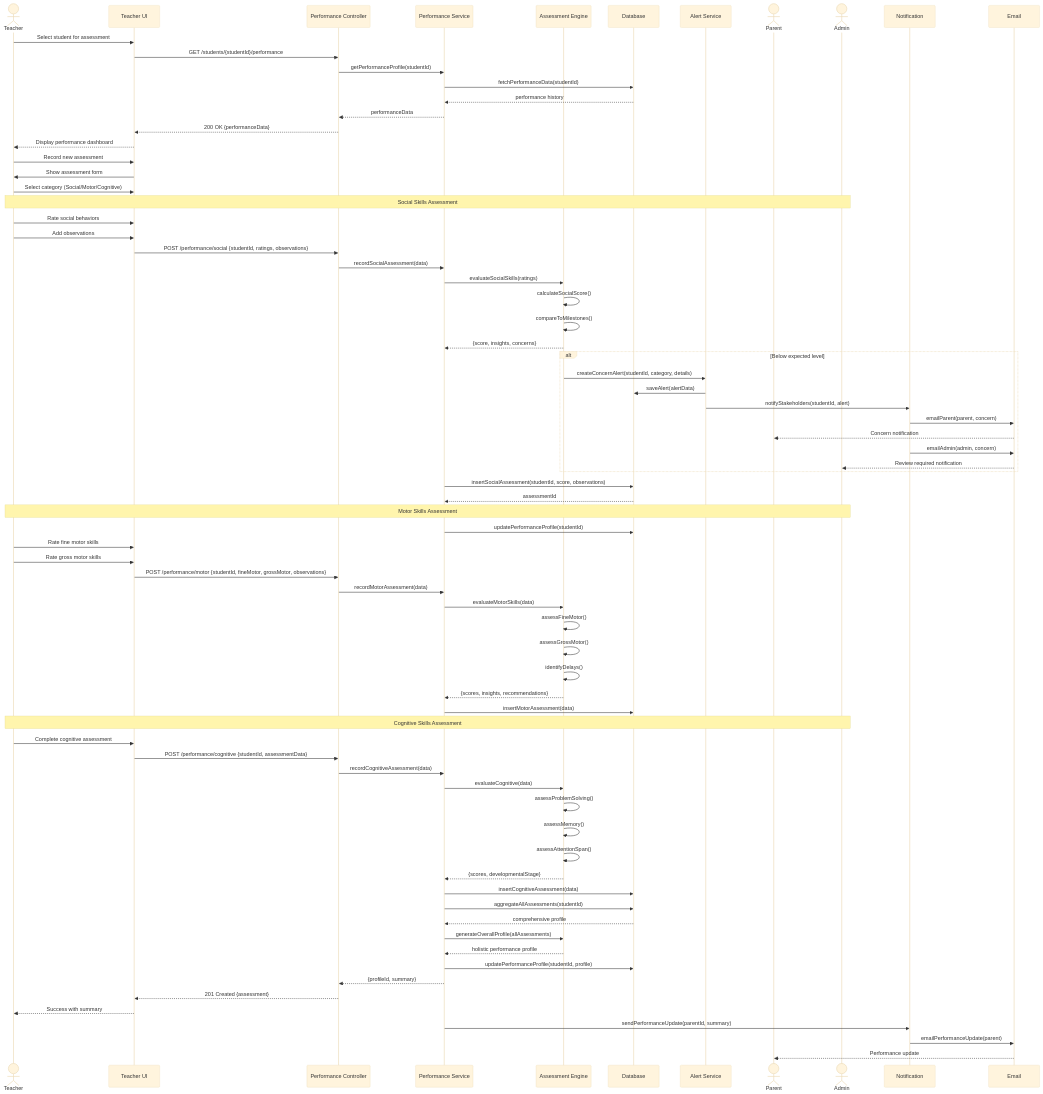
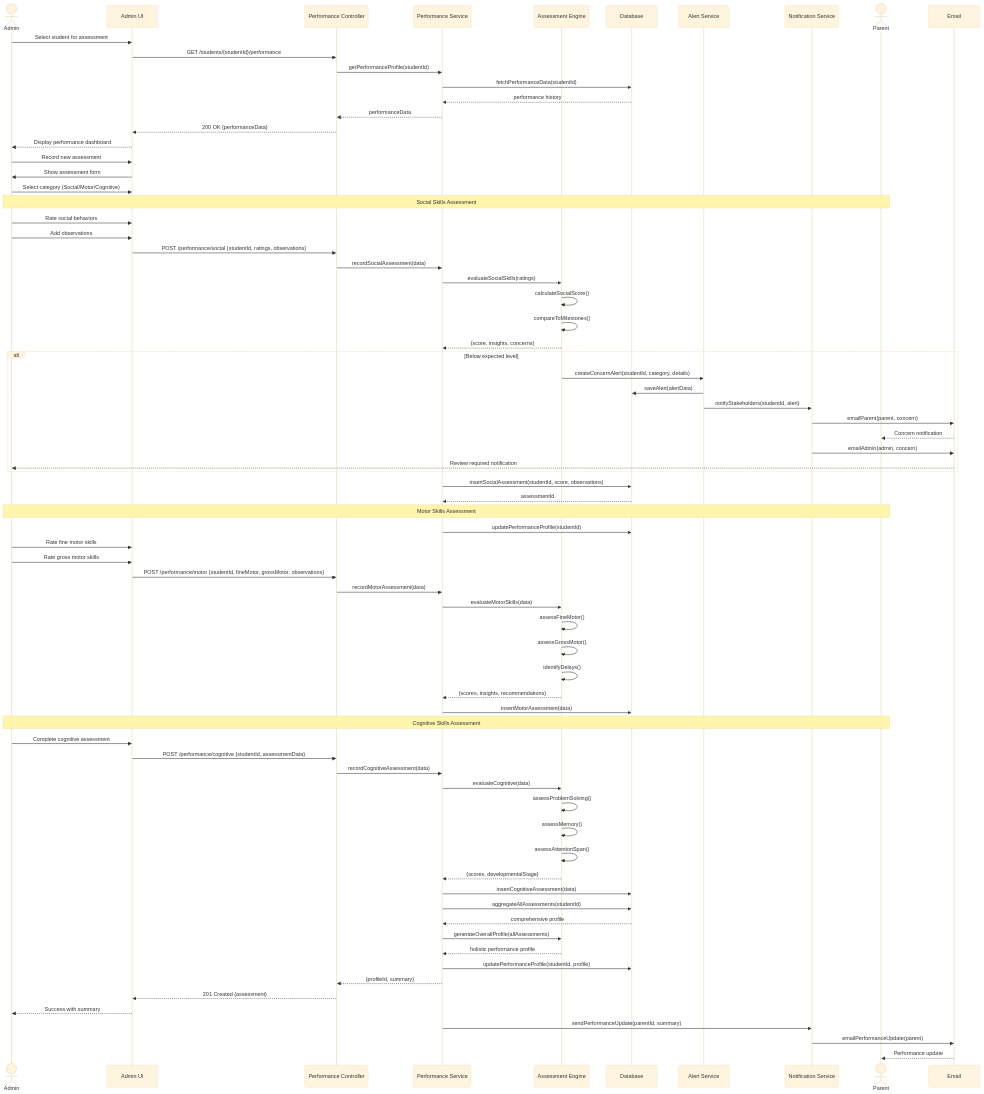
Diagram 16 of 18 in diagrams.md (TongYwen/childfyp5), drawn with Mermaid (base theme) before and after one commit. The commit also changed other lines of this file, not shown here.

First line of the commit message:
Update diagrams to remove Teacher role

````diff
--- a/diagrams.md
+++ b/diagrams.md
@@ -589,32 +581,32 @@
 ```mermaid
 sequenceDiagram
-    actor Teacher
-    participant UI as Teacher UI
+    actor Admin
+    participant UI as Admin UI
     participant Controller as Performance Controller
     participant Service as Performance Service
     participant Assessment as Assessment Engine
     participant DB as Database
     participant Alert as Alert Service
+    participant Notification as Notification Service
     actor Parent
-    actor Admin
 
-    Teacher->>UI: Select student for assessment
+    Admin->>UI: Select student for assessment
     UI->>Controller: GET /students/{studentId}/performance
     Controller->>Service: getPerformanceProfile(studentId)
     Service->>DB: fetchPerformanceData(studentId)
     DB-->>Service: performance history
     Service-->>Controller: performanceData
     Controller-->>UI: 200 OK {performanceData}
-    UI-->>Teacher: Display performance dashboard
+    UI-->>Admin: Display performance dashboard
 
-    Teacher->>UI: Record new assessment
-    UI->>Teacher: Show assessment form
-    Teacher->>UI: Select category (Social/Motor/Cognitive)
+    Admin->>UI: Record new assessment
+    UI->>Admin: Show assessment form
+    Admin->>UI: Select category (Social/Motor/Cognitive)
 
-    Note over Teacher,Admin: Social Skills Assessment
+    Note over Admin,Parent: Social Skills Assessment
 
-    Teacher->>UI: Rate social behaviors
-    Teacher->>UI: Add observations
+    Admin->>UI: Rate social behaviors
+    Admin->>UI: Add observations
     UI->>Controller: POST /performance/social {studentId, ratings, observations}
     Controller->>Service: recordSocialAssessment(data)
     Service->>Assessment: evaluateSocialSkills(ratings)
@@ -635,12 +627,12 @@
     Service->>DB: insertSocialAssessment(studentId, score, observations)
     DB-->>Service: assessmentId
 
-    Note over Teacher,Admin: Motor Skills Assessment
+    Note over Admin,Parent: Motor Skills Assessment
 
     Service->>DB: updatePerformanceProfile(studentId)
 
-    Teacher->>UI: Rate fine motor skills
-    Teacher->>UI: Rate gross motor skills
+    Admin->>UI: Rate fine motor skills
+    Admin->>UI: Rate gross motor skills
     UI->>Controller: POST /performance/motor {studentId, fineMotor, grossMotor, observations}
     Controller->>Service: recordMotorAssessment(data)
     Service->>Assessment: evaluateMotorSkills(data)
@@ -650,9 +642,9 @@
     Assessment-->>Service: {scores, insights, recommendations}
     Service->>DB: insertMotorAssessment(data)
 
-    Note over Teacher,Admin: Cognitive Skills Assessment
+    Note over Admin,Parent: Cognitive Skills Assessment
 
-    Teacher->>UI: Complete cognitive assessment
+    Admin->>UI: Complete cognitive assessment
     UI->>Controller: POST /performance/cognitive {studentId, assessmentData}
     Controller->>Service: recordCognitiveAssessment(data)
     Service->>Assessment: evaluateCognitive(data)
@@ -669,7 +661,7 @@
     Service->>DB: updatePerformanceProfile(studentId, profile)
     Service-->>Controller: {profileId, summary}
     Controller-->>UI: 201 Created {assessment}
-    UI-->>Teacher: Success with summary
+    UI-->>Admin: Success with summary
 
     Service->>Notification: sendPerformanceUpdate(parentId, summary)
     Notification->>Email: emailPerformanceUpdate(parent)
````
